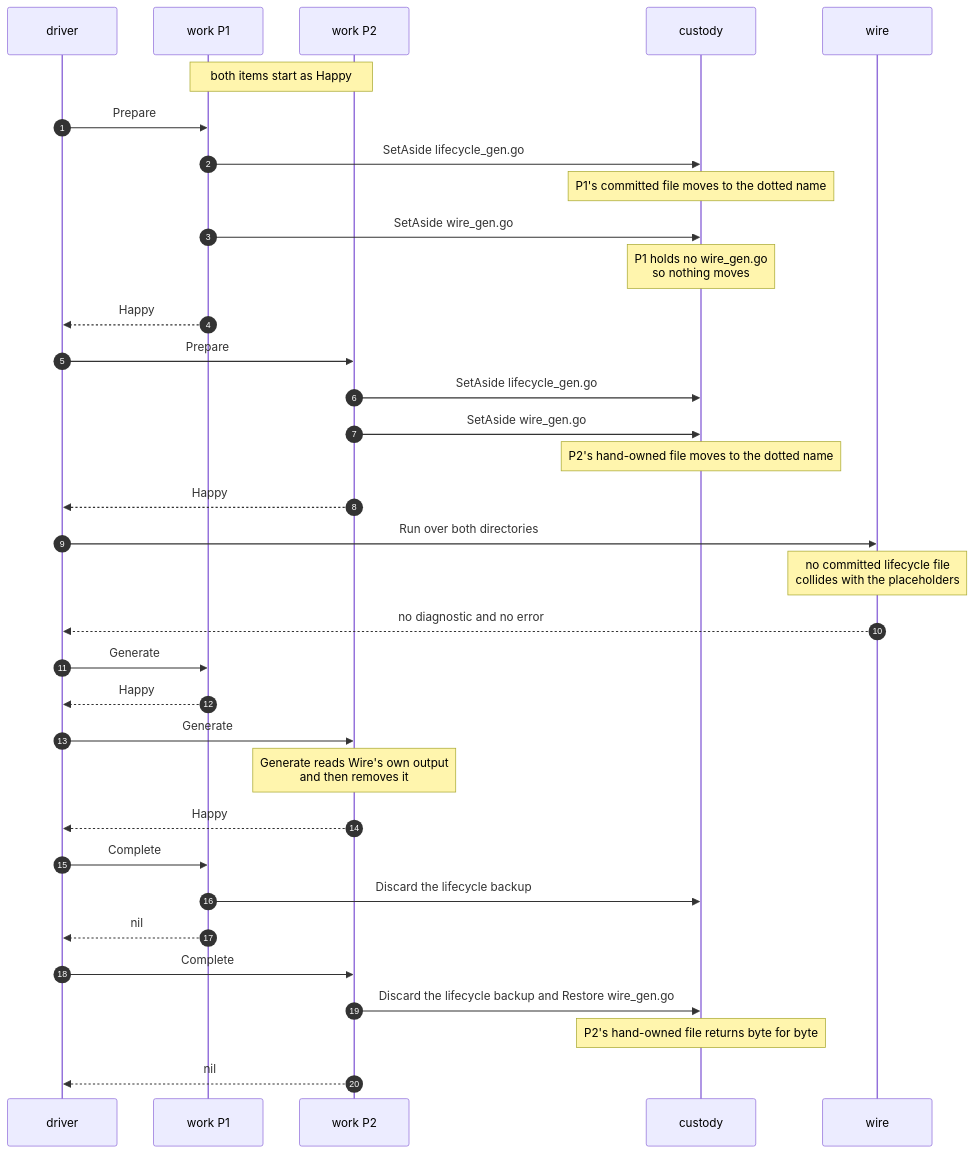
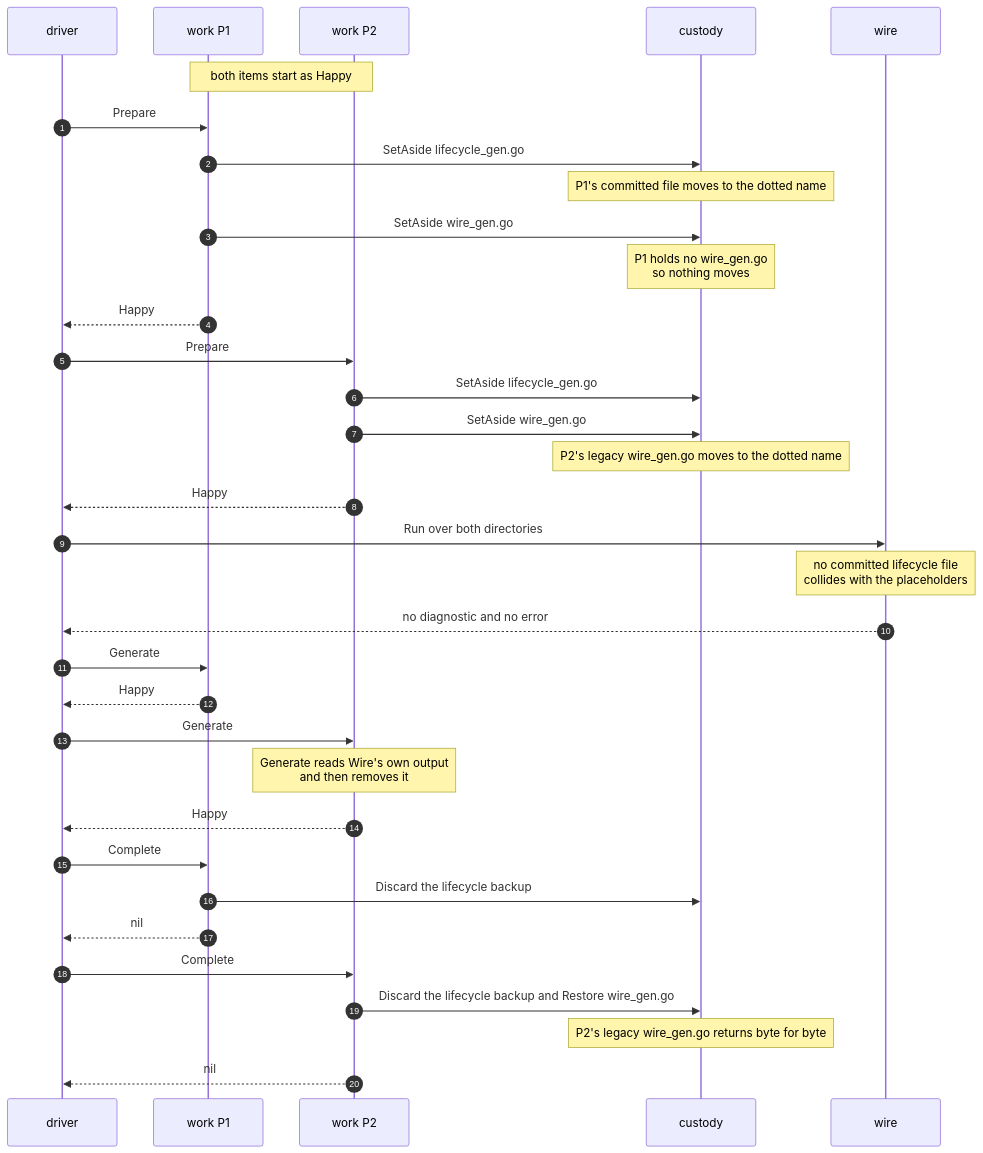
The third of 7 diagrams in docs/generator-architecture.md (livetribe/yama), drawn with Mermaid before and after one commit. The commit also changed other lines of this file and 66 other files, not shown here.

````diff
--- a/docs/generator-architecture.md
+++ b/docs/generator-architecture.md
@@ -390,37 +405,37 @@
 ```mermaid
 sequenceDiagram
     autonumber
     participant DRV as driver
     participant W1 as work P1
     participant W2 as work P2
     participant CUS as custody
     participant WIR as wire
 
     Note over W1,W2: both items start as Happy
     DRV->>W1: Prepare
     W1->>CUS: SetAside lifecycle_gen.go
     Note over CUS: P1's committed file moves to the dotted name
     W1->>CUS: SetAside wire_gen.go
     Note over CUS: P1 holds no wire_gen.go<br/>so nothing moves
     W1-->>DRV: Happy
     DRV->>W2: Prepare
     W2->>CUS: SetAside lifecycle_gen.go
     W2->>CUS: SetAside wire_gen.go
-    Note over CUS: P2's hand-owned file moves to the dotted name
+    Note over CUS: P2's legacy wire_gen.go moves to the dotted name
     W2-->>DRV: Happy
     DRV->>WIR: Run over both directories
     Note over WIR: no committed lifecycle file<br/>collides with the placeholders
     WIR-->>DRV: no diagnostic and no error
     DRV->>W1: Generate
     W1-->>DRV: Happy
     DRV->>W2: Generate
     Note over W2: Generate reads Wire's own output<br/>and then removes it
     W2-->>DRV: Happy
     DRV->>W1: Complete
     W1->>CUS: Discard the lifecycle backup
     W1-->>DRV: nil
     DRV->>W2: Complete
     W2->>CUS: Discard the lifecycle backup and Restore wire_gen.go
-    Note over CUS: P2's hand-owned file returns byte for byte
+    Note over CUS: P2's legacy wire_gen.go returns byte for byte
     W2-->>DRV: nil
 ```
````
